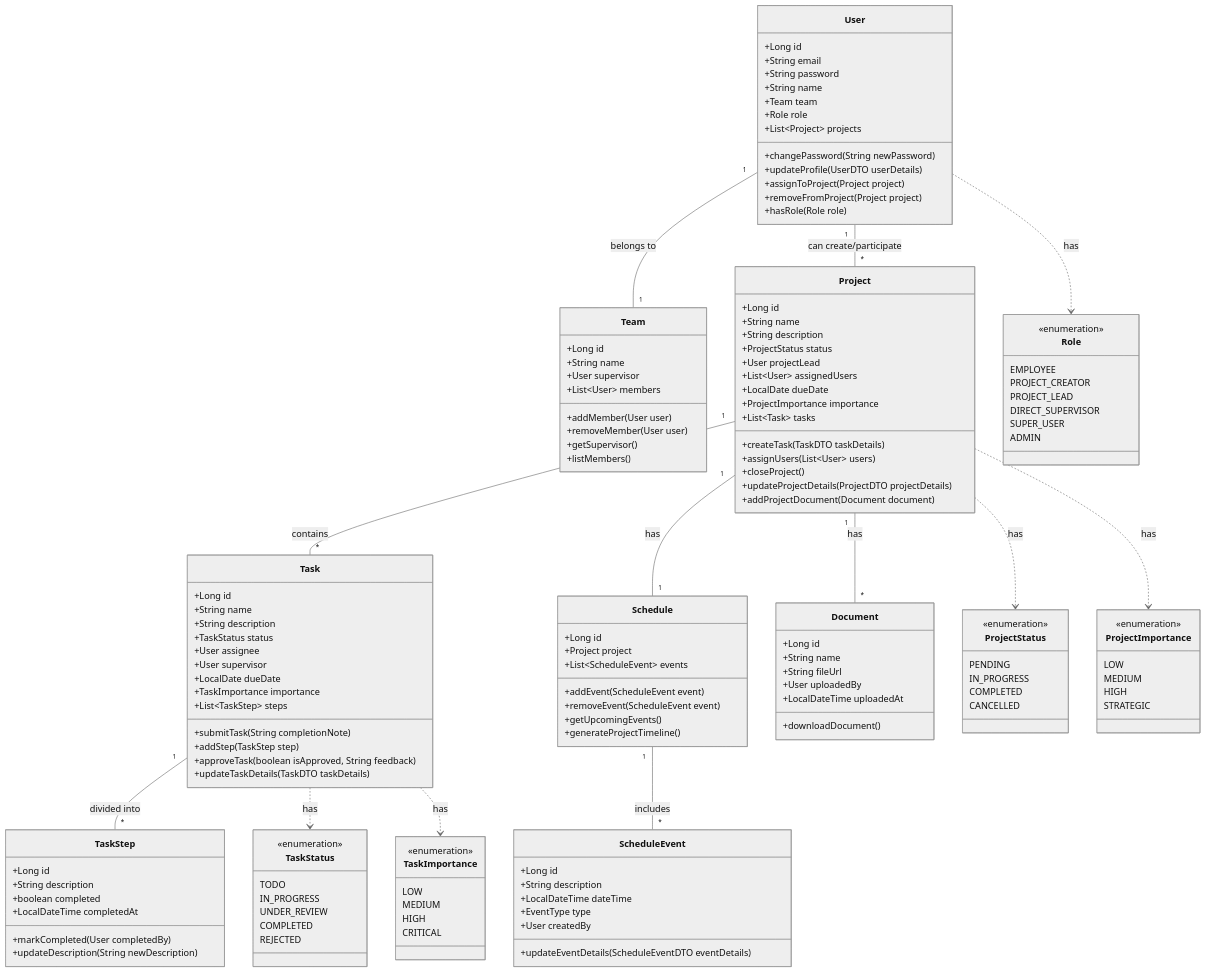
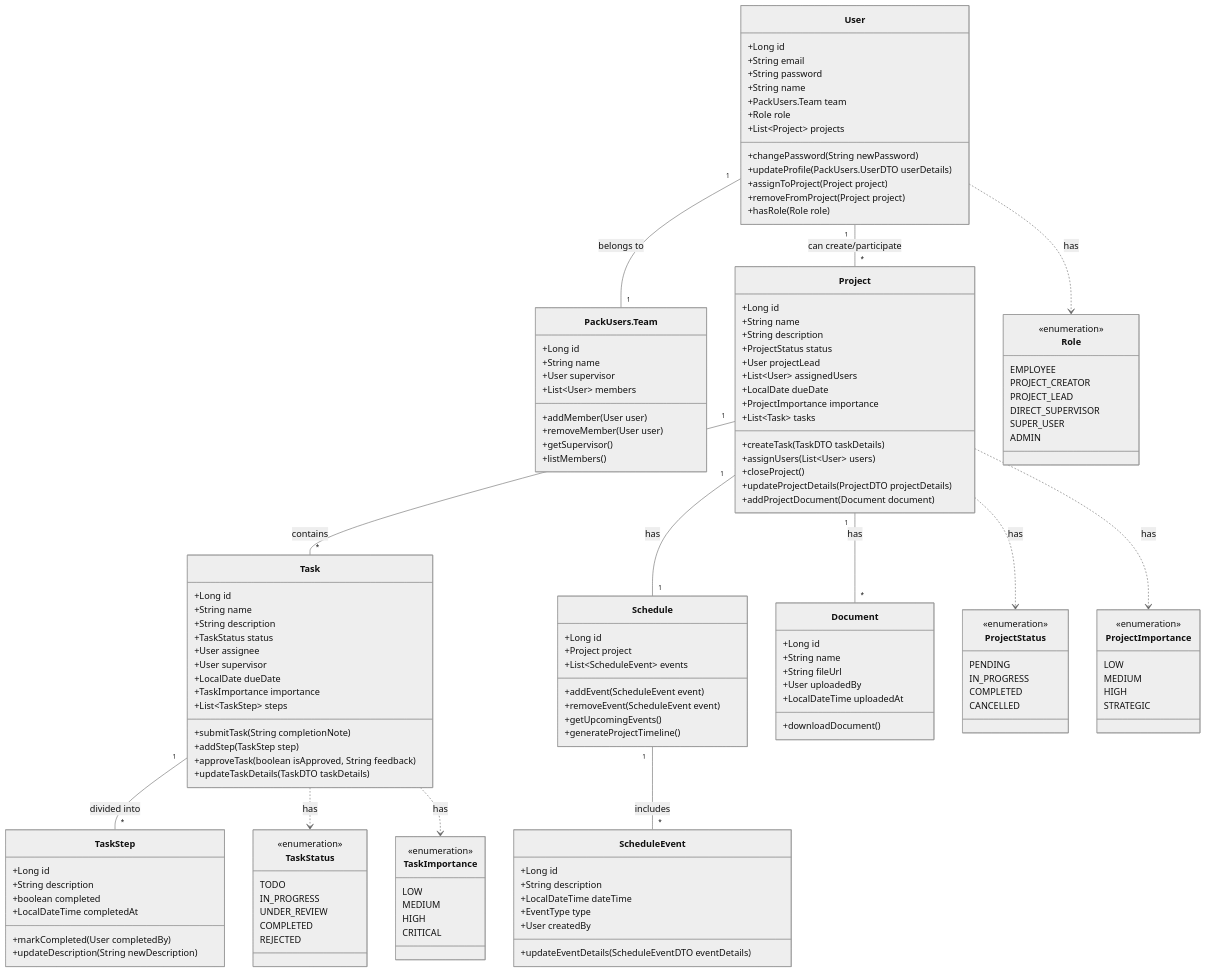
The diagram in docs/class-diagram.mermaid (MerronYELLOW/ProjectManager), drawn with Mermaid (neutral theme) before and after one commit. The commit also changed 19 other files, not shown here.

```diff
--- a/docs/class-diagram.mermaid
+++ b/docs/class-diagram.mermaid
@@ -1,152 +1,152 @@
 classDiagram
     class User {
         +Long id
         +String email
         +String password
         +String name
-        +Team team
+        +PackUsers.Team team
         +Role role
         +List~Project~ projects
         +changePassword(String newPassword)
-        +updateProfile(UserDTO userDetails)
+        +updateProfile(PackUsers.UserDTO userDetails)
         +assignToProject(Project project)
         +removeFromProject(Project project)
         +hasRole(Role role)
     }
 
-    class Team {
+    class PackUsers.Team {
         +Long id
         +String name
         +User supervisor
         +List~User~ members
         +addMember(User user)
         +removeMember(User user)
         +getSupervisor()
         +listMembers()
     }
 
     class Project {
         +Long id
         +String name
         +String description
         +ProjectStatus status
         +User projectLead
         +List~User~ assignedUsers
         +LocalDate dueDate
         +ProjectImportance importance
         +List~Task~ tasks
         +createTask(TaskDTO taskDetails)
         +assignUsers(List~User~ users)
         +closeProject()
         +updateProjectDetails(ProjectDTO projectDetails)
         +addProjectDocument(Document document)
     }
 
     class Task {
         +Long id
         +String name
         +String description
         +TaskStatus status
         +User assignee
         +User supervisor
         +LocalDate dueDate
         +TaskImportance importance
         +List~TaskStep~ steps
         +submitTask(String completionNote)
         +addStep(TaskStep step)
         +approveTask(boolean isApproved, String feedback)
         +updateTaskDetails(TaskDTO taskDetails)
     }
 
     class TaskStep {
         +Long id
         +String description
         +boolean completed
         +LocalDateTime completedAt
         +markCompleted(User completedBy)
         +updateDescription(String newDescription)
     }
 
     class Schedule {
         +Long id
         +Project project
         +List~ScheduleEvent~ events
         +addEvent(ScheduleEvent event)
         +removeEvent(ScheduleEvent event)
         +getUpcomingEvents()
         +generateProjectTimeline()
     }
 
     class ScheduleEvent {
         +Long id
         +String description
         +LocalDateTime dateTime
         +EventType type
         +User createdBy
         +updateEventDetails(ScheduleEventDTO eventDetails)
     }
 
     class Document {
         +Long id
         +String name
         +String fileUrl
         +User uploadedBy
         +LocalDateTime uploadedAt
         +downloadDocument()
     }
 
     class Role {
         <<enumeration>>
         EMPLOYEE
         PROJECT_CREATOR
         PROJECT_LEAD
         DIRECT_SUPERVISOR
         SUPER_USER
         ADMIN
     }
 
     class ProjectStatus {
         <<enumeration>>
         PENDING
         IN_PROGRESS
         COMPLETED
         CANCELLED
     }
 
     class TaskStatus {
         <<enumeration>>
         TODO
         IN_PROGRESS
         UNDER_REVIEW
         COMPLETED
         REJECTED
     }
 
     class TaskImportance {
         <<enumeration>>
         LOW
         MEDIUM
         HIGH
         CRITICAL
     }
 
     class ProjectImportance {
         <<enumeration>>
         LOW
         MEDIUM
         HIGH
         STRATEGIC
     }
 
-    User "1" -- "1" Team : belongs to
+    User "1" -- "1" PackUsers.Team : belongs to
     User "1" -- "*" Project : can create/participate
     Project "1" -- "*" Task : contains
     Task "1" -- "*" TaskStep : divided into
     Project "1" -- "1" Schedule : has
     Schedule "1" -- "*" ScheduleEvent : includes
     Project "1" -- "*" Document : has
     User ..> Role : has
     Project ..> ProjectStatus : has
     Task ..> TaskStatus : has
     Task ..> TaskImportance : has
     Project ..> ProjectImportance : has
```
